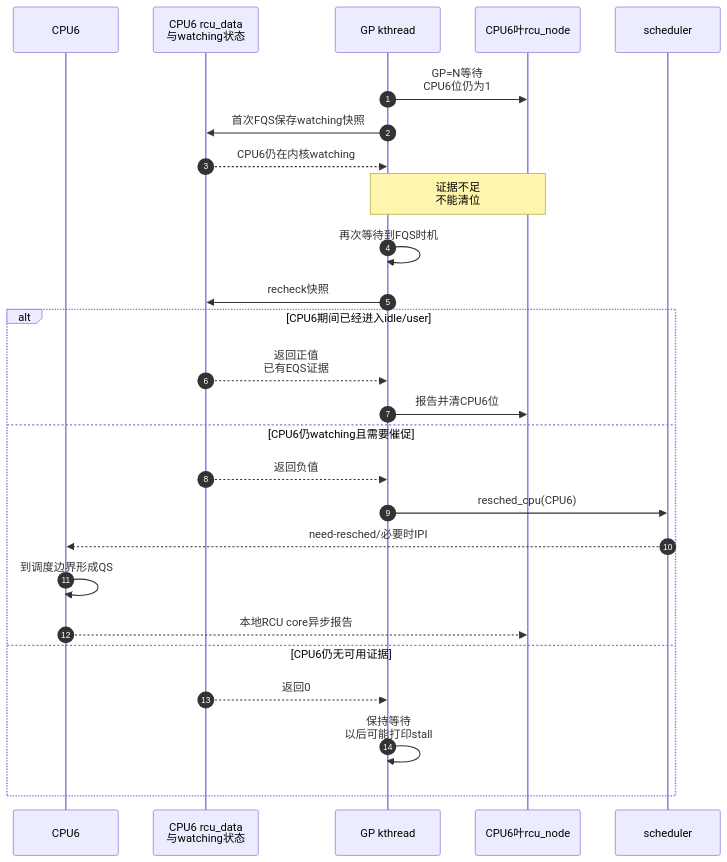
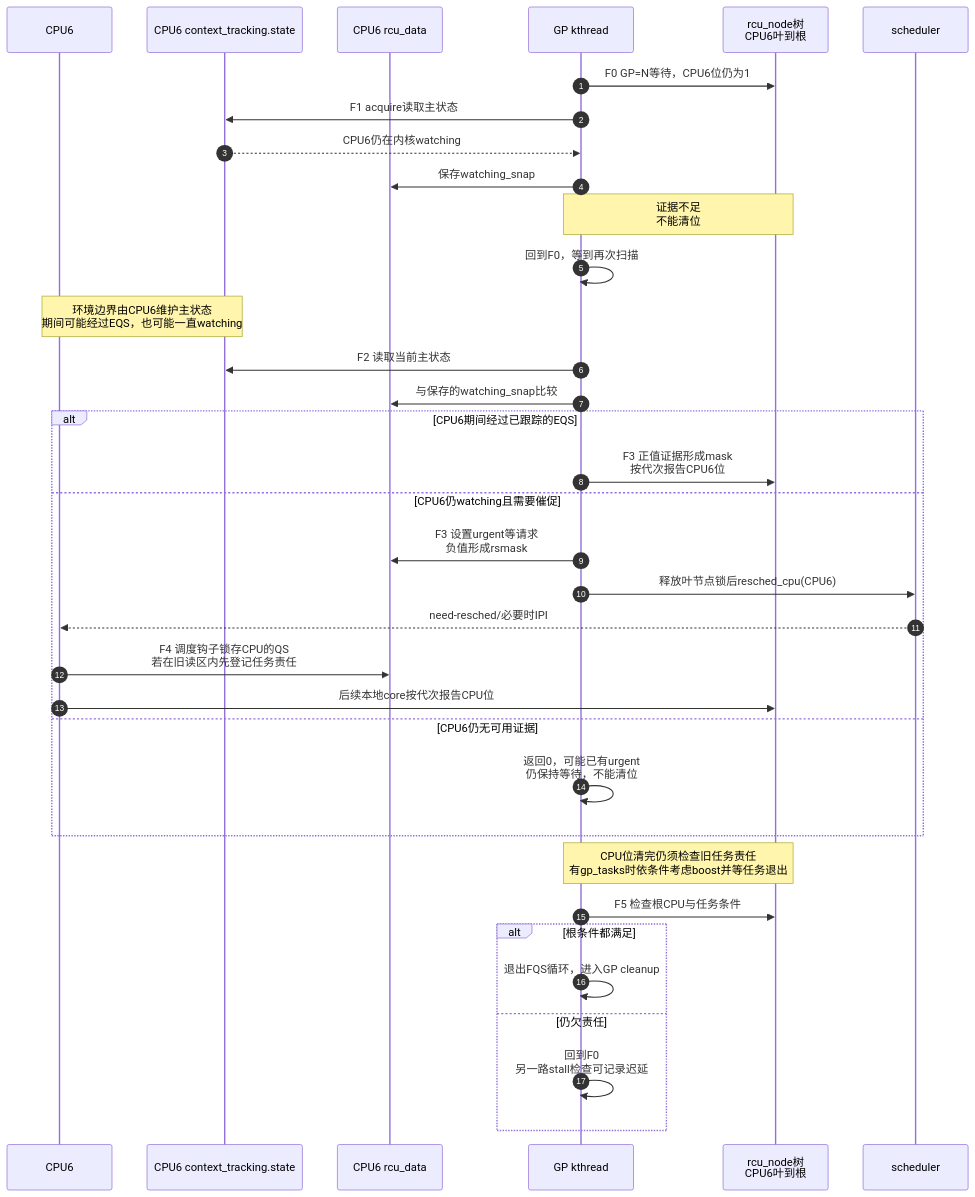
One commit to FormingSystem/linux_note changed the second of 2 diagrams in knowledge/linux/synchronization_and_asynchrony/synchronization/rcu/P14_Tree_RCU_force_QS迟延与Stall.md. Above: the diagram before and after it, drawn with Mermaid. The commit also changed other lines of this file and 1 other file, not shown here.

First line of the commit message:
content(rcu/progress): 分开安全证据催促与迟延诊断

````diff
--- a/knowledge/linux/synchronization_and_asynchrony/synchronization/rcu/P14_Tree_RCU_force_QS迟延与Stall.md
+++ b/knowledge/linux/synchronization_and_asynchrony/synchronization/rcu/P14_Tree_RCU_force_QS迟延与Stall.md
@@ -134,31 +149,40 @@
 ```mermaid
 sequenceDiagram
     autonumber
 
     participant C as CPU6
-    participant D as CPU6 rcu_data<br/>与watching状态
+    participant T as CPU6 context_tracking.state
+    participant D as CPU6 rcu_data
     participant G as GP kthread
-    participant L as CPU6叶rcu_node
+    participant L as rcu_node树<br/>CPU6叶到根
     participant S as scheduler
 
-    G->>L: GP=N等待<br/>CPU6位仍为1
-    G->>D: 首次FQS保存watching快照
-    D-->>G: CPU6仍在内核watching
+    G->>L: F0 GP=N等待，CPU6位仍为1
+    G->>T: F1 acquire读取主状态
+    T-->>G: CPU6仍在内核watching
+    G->>D: 保存watching_snap
     Note over G,L: 证据不足<br/>不能清位
 
-    G->>G: 再次等待到FQS时机
-    G->>D: recheck快照
-    alt CPU6期间已经进入idle/user
-        D-->>G: 返回正值<br/>已有EQS证据
-        G->>L: 报告并清CPU6位
+    G->>G: 回到F0，等到再次扫描
+    Note over C,T: 环境边界由CPU6维护主状态<br/>期间可能经过EQS，也可能一直watching
+    G->>T: F2 读取当前主状态
+    G->>D: 与保存的watching_snap比较
+    alt CPU6期间经过已跟踪的EQS
+        G->>L: F3 正值证据形成mask<br/>按代次报告CPU6位
     else CPU6仍watching且需要催促
-        D-->>G: 返回负值
-        G->>S: resched_cpu(CPU6)
+        G->>D: F3 设置urgent等请求<br/>负值形成rsmask
+        G->>S: 释放叶节点锁后resched_cpu(CPU6)
         S-->>C: need-resched/必要时IPI
-        C->>C: 到调度边界形成QS
-        C-->>L: 本地RCU core异步报告
+        C->>D: F4 调度钩子锁存CPU的QS<br/>若在旧读区内先登记任务责任
+        C->>L: 后续本地core按代次报告CPU位
     else CPU6仍无可用证据
-        D-->>G: 返回0
-        G->>G: 保持等待<br/>以后可能打印stall
+        G->>G: 返回0，可能已有urgent<br/>仍保持等待，不能清位
+    end
+    Note over G,L: CPU位清完仍须检查旧任务责任<br/>有gp_tasks时依条件考虑boost并等任务退出
+    G->>L: F5 检查根CPU与任务条件
+    alt 根条件都满足
+        G->>G: 退出FQS循环，进入GP cleanup
+    else 仍欠责任
+        G->>G: 回到F0<br/>另一路stall检查可记录迟延
     end
 ```
````
